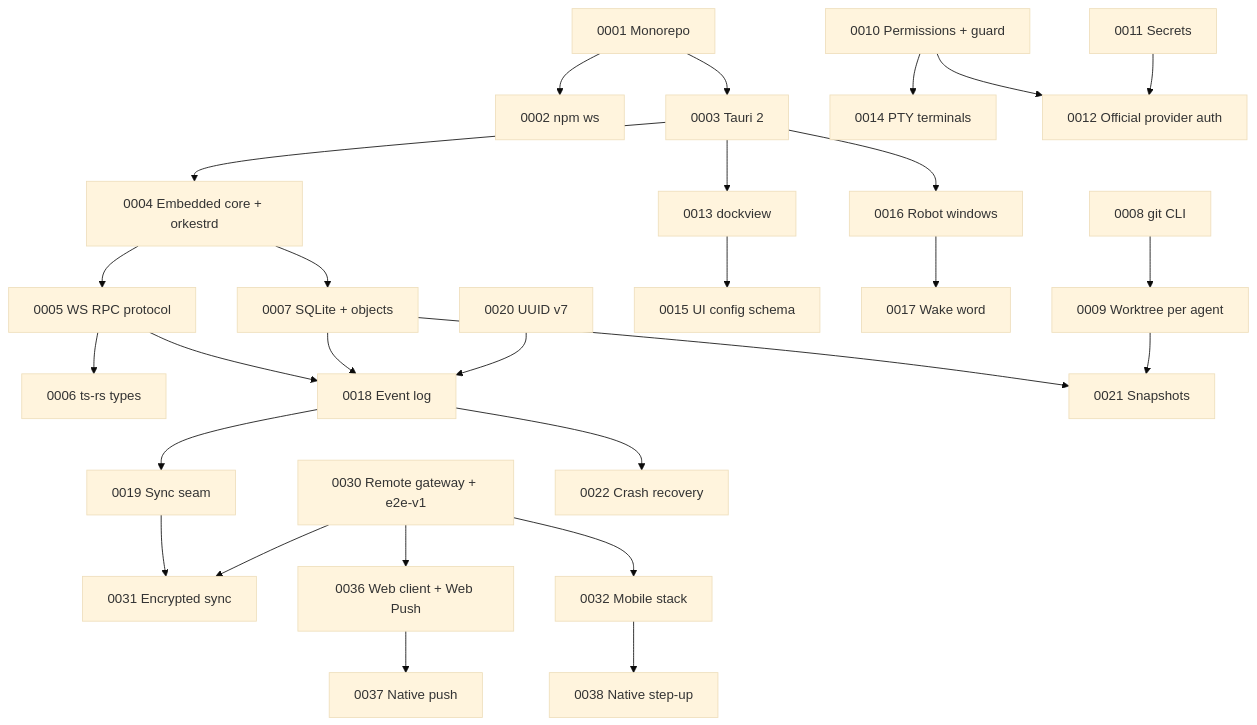
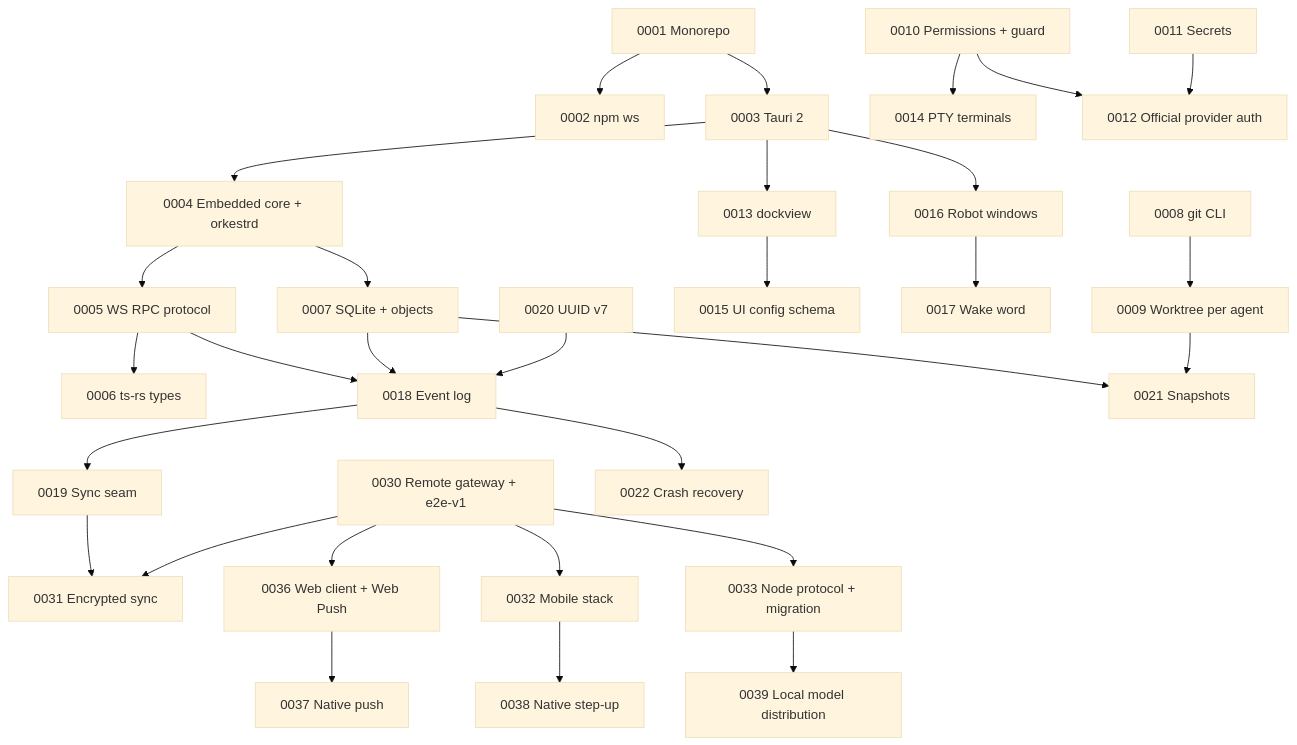
One commit to farrukhnosirov/orkestr changed the diagram in docs/adr/README.md. Above: the diagram before and after it, drawn with Mermaid (base theme). The commit also changed other lines of this file and 153 other files, not shown here.

````diff
--- a/docs/adr/README.md
+++ b/docs/adr/README.md
@@ -71,30 +72,32 @@
 ```mermaid
 flowchart TB
   A1[0001 Monorepo] --> A2[0002 npm ws]
   A1 --> A3[0003 Tauri 2]
   A3 --> A4["0004 Embedded core + orkestrd"]
   A4 --> A5[0005 WS RPC protocol]
   A5 --> A6[0006 ts-rs types]
   A5 --> A18[0018 Event log]
   A4 --> A7["0007 SQLite + objects"]
   A7 --> A18
   A7 --> A21[0021 Snapshots]
   A8[0008 git CLI] --> A9[0009 Worktree per agent]
   A9 --> A21
   A10["0010 Permissions + guard"] --> A14[0014 PTY terminals]
   A10 --> A12[0012 Official provider auth]
   A11[0011 Secrets] --> A12
   A3 --> A13[0013 dockview]
   A13 --> A15[0015 UI config schema]
   A3 --> A16[0016 Robot windows]
   A16 --> A17[0017 Wake word]
   A18 --> A19[0019 Sync seam]
   A19 --> A31[0031 Encrypted sync]
   A30[0030 Remote gateway + e2e-v1] --> A36[0036 Web client + Web Push]
   A30 --> A31
   A30 --> A32[0032 Mobile stack]
   A36 --> A37[0037 Native push]
   A32 --> A38[0038 Native step-up]
+  A30 --> A33[0033 Node protocol + migration]
+  A33 --> A39[0039 Local model distribution]
   A18 --> A22[0022 Crash recovery]
   A20[0020 UUID v7] --> A18
 ```
````
